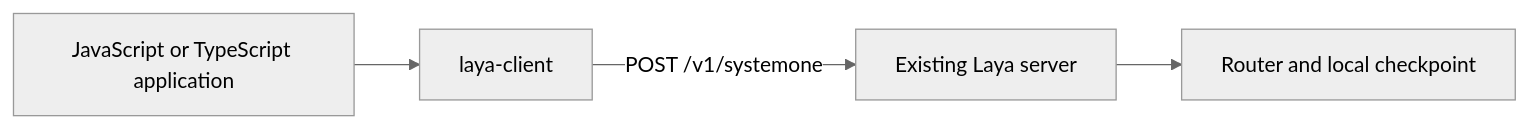
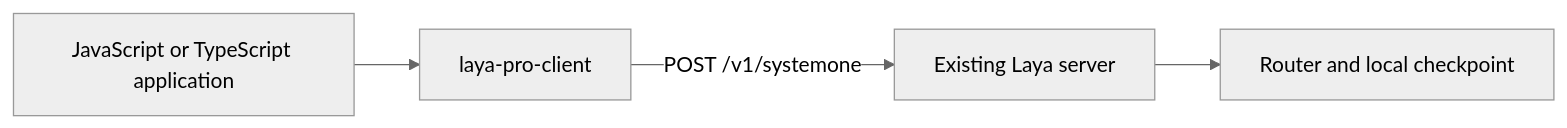
One commit to tgundhus/laya changed the diagram in docs/typescript-sdk.md. Above: the diagram before and after it, drawn with Mermaid (neutral theme). The commit also changed other lines of this file and 38 other files, not shown here.

````diff
--- a/docs/typescript-sdk.md
+++ b/docs/typescript-sdk.md
@@ -18,6 +18,6 @@
 ```mermaid
 flowchart LR
-    A[JavaScript or TypeScript application] --> B[laya-client]
+    A[JavaScript or TypeScript application] --> B[laya-pro-client]
     B -->|POST /v1/systemone| C[Existing Laya server]
     C --> E[Router and local checkpoint]
 ```
````
